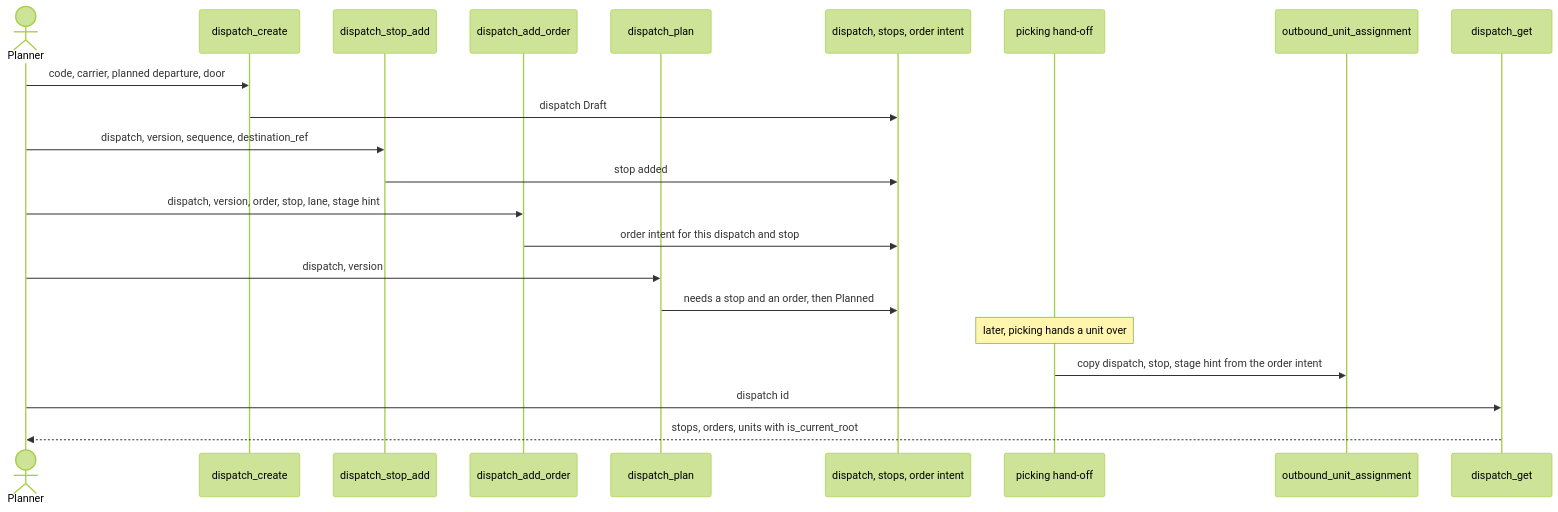
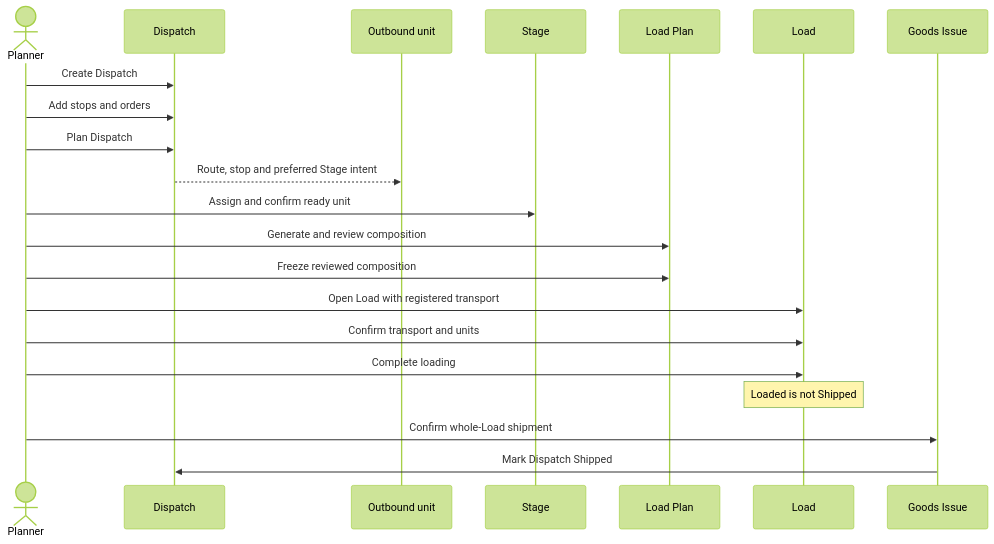
The first of 2 diagrams in docs-obsidian/user-guide/diagrams/post-pick/40-dispatch-planning.md (msmurygin/quark-docs), drawn with Mermaid (forest theme) before and after one commit. The commit also changed other lines of this file and 5 other files, not shown here.

````diff
--- a/docs-obsidian/user-guide/diagrams/post-pick/40-dispatch-planning.md
+++ b/docs-obsidian/user-guide/diagrams/post-pick/40-dispatch-planning.md
@@ -7,25 +7,24 @@
 ```mermaid
 sequenceDiagram
     actor Pl as Planner
-    participant Cr as dispatch_create
-    participant St as dispatch_stop_add
-    participant Ad as dispatch_add_order
-    participant Pn as dispatch_plan
-    participant Db as dispatch, stops, order intent
-    participant Ho as picking hand-off
-    participant As as outbound_unit_assignment
-    participant Gt as dispatch_get
+    participant D as Dispatch
+    participant U as Outbound unit
+    participant S as Stage
+    participant P as Load Plan
+    participant L as Load
+    participant G as Goods Issue
 
-    Pl->>Cr: code, carrier, planned departure, door
-    Cr->>Db: dispatch Draft
-    Pl->>St: dispatch, version, sequence, destination_ref
-    St->>Db: stop added
-    Pl->>Ad: dispatch, version, order, stop, lane, stage hint
-    Ad->>Db: order intent for this dispatch and stop
-    Pl->>Pn: dispatch, version
-    Pn->>Db: needs a stop and an order, then Planned
-    Note over Ho: later, picking hands a unit over
-    Ho->>As: copy dispatch, stop, stage hint from the order intent
-    Pl->>Gt: dispatch id
-    Gt-->>Pl: stops, orders, units with is_current_root
+    Pl->>D: Create Dispatch
+    Pl->>D: Add stops and orders
+    Pl->>D: Plan Dispatch
+    D-->>U: Route, stop and preferred Stage intent
+    Pl->>S: Assign and confirm ready unit
+    Pl->>P: Generate and review composition
+    Pl->>P: Freeze reviewed composition
+    Pl->>L: Open Load with registered transport
+    Pl->>L: Confirm transport and units
+    Pl->>L: Complete loading
+    Note over L: Loaded is not Shipped
+    Pl->>G: Confirm whole-Load shipment
+    G->>D: Mark Dispatch Shipped
 ```
````
